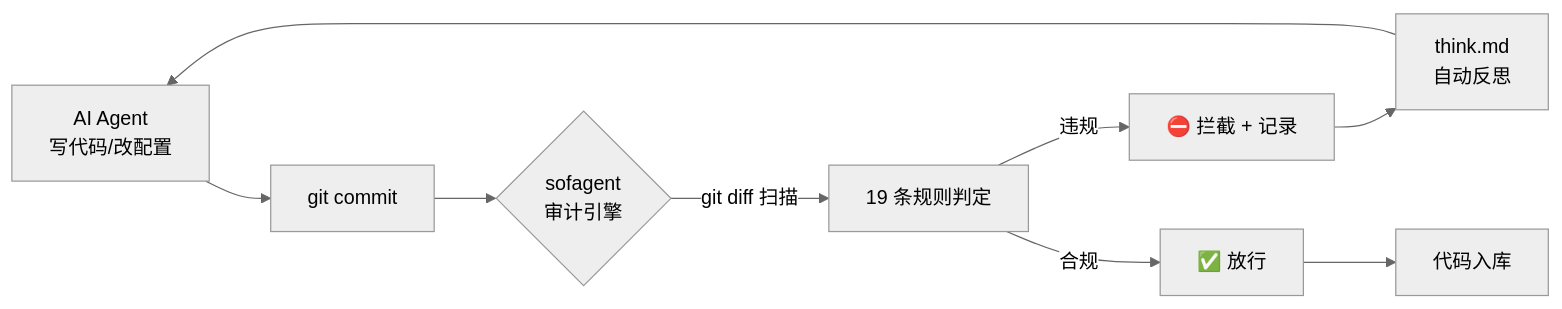
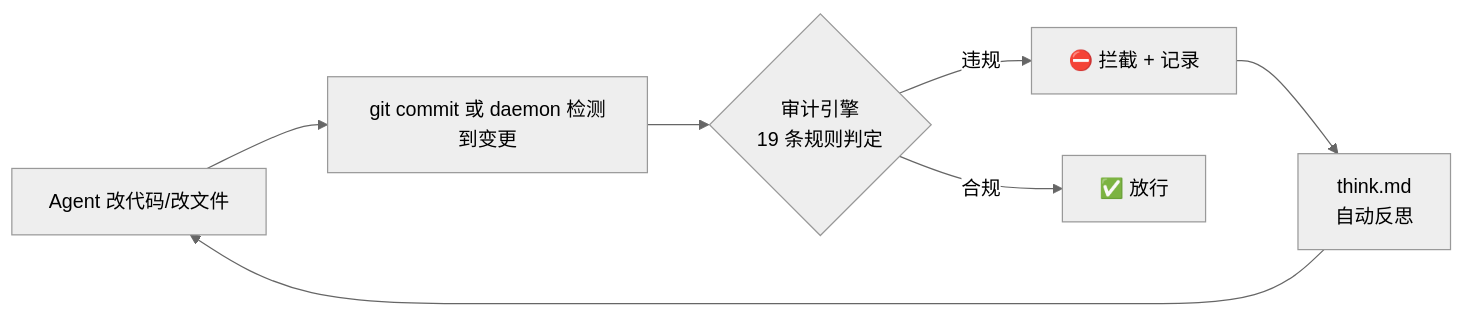
One commit to KongFangXun/sofagent changed the third of 5 diagrams in README.md. Above: the diagram before and after it, drawn with Mermaid (neutral theme). The commit also changed other lines of this file and 9 other files, not shown here.

````diff
--- a/README.md
+++ b/README.md
@@ -126,11 +159,9 @@
 ```mermaid
 graph LR
-    A[AI Agent<br/>写代码/改配置] --> B[git commit]
-    B --> C{sofagent<br/>审计引擎}
-    C -->|git diff 扫描| D[19 条规则判定]
-    D -->|违规| E[⛔ 拦截 + 记录]
-    D -->|合规| F[✅ 放行]
-    E --> G[think.md<br/>自动反思]
-    F --> H[代码入库]
-    G --> A
+    A[Agent 改代码/改文件] --> B[git commit 或 daemon 检测到变更]
+    B --> C{审计引擎<br/>19 条规则判定}
+    C -->|违规| D[⛔ 拦截 + 记录]
+    C -->|合规| E[✅ 放行]
+    D --> F[think.md<br/>自动反思]
+    F --> A
 ```
````
